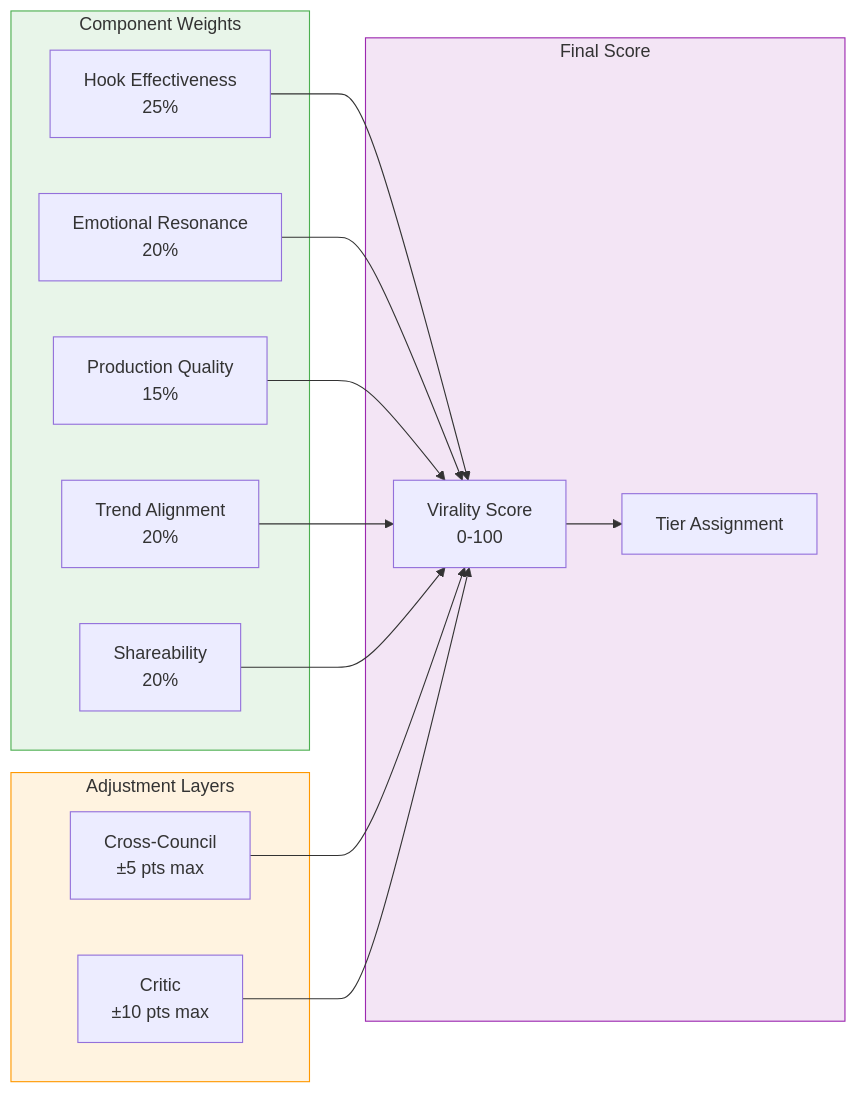
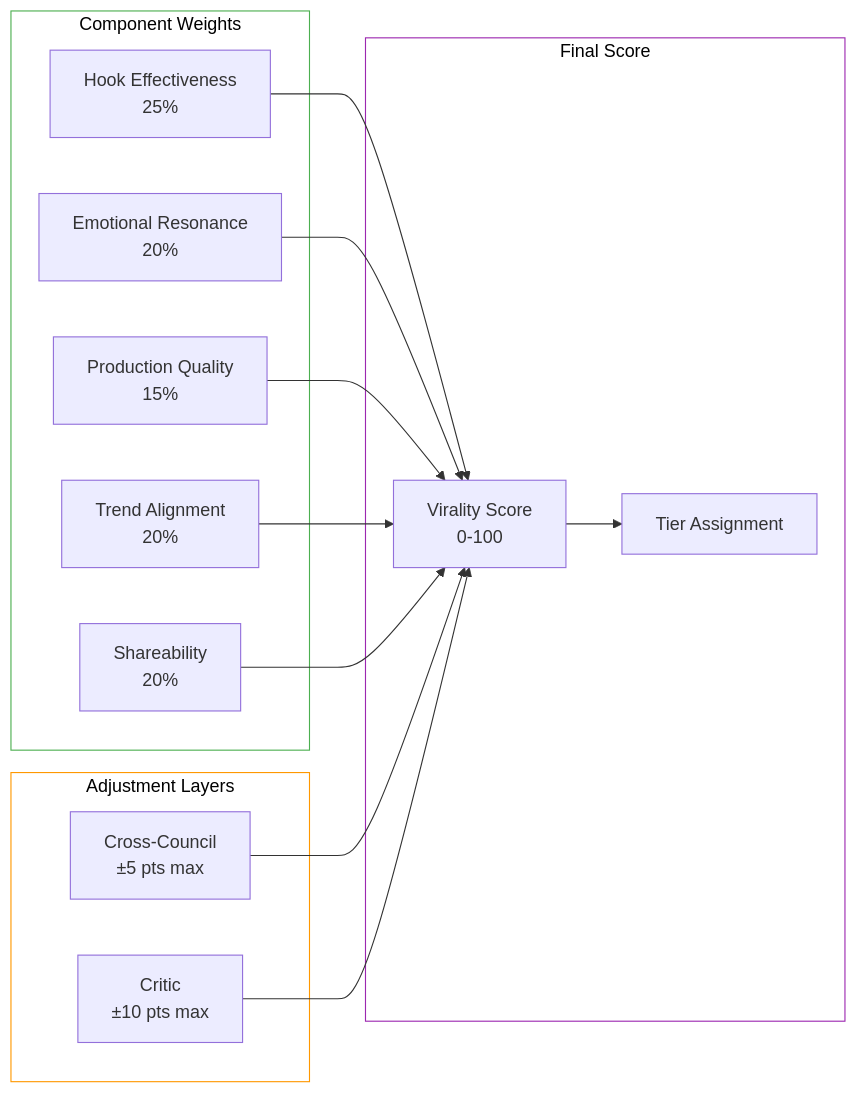
One commit to SacredWizard/themis changed the seventh of 13 diagrams in design/ARCHITECTURE.md. Above: the diagram before and after it, drawn with Mermaid. The commit also changed other lines of this file, not shown here.

````diff
--- a/design/ARCHITECTURE.md
+++ b/design/ARCHITECTURE.md
@@ -422,33 +423,33 @@
 ```mermaid
 graph LR
     subgraph Weights["Component Weights"]
         HE["Hook Effectiveness<br/>25%"]
         ER["Emotional Resonance<br/>20%"]
         PQ["Production Quality<br/>15%"]
         TA["Trend Alignment<br/>20%"]
         SH["Shareability<br/>20%"]
     end
 
     subgraph Adjustments["Adjustment Layers"]
         XCA["Cross-Council<br/>±5 pts max"]
         CRA["Critic<br/>±10 pts max"]
     end
 
     subgraph Final["Final Score"]
         VS["Virality Score<br/>0-100"]
         TIER["Tier Assignment"]
     end
 
     HE --> VS
     ER --> VS
     PQ --> VS
     TA --> VS
     SH --> VS
     XCA --> VS
     CRA --> VS
     VS --> TIER
 
-    style Weights fill:#e8f5e9,stroke:#4CAF50
-    style Adjustments fill:#fff3e0,stroke:#FF9800
-    style Final fill:#f3e5f5,stroke:#9C27B0
+    style Weights fill:transparent,stroke:#4CAF50,color:#000
+    style Adjustments fill:transparent,stroke:#FF9800,color:#000
+    style Final fill:transparent,stroke:#9C27B0,color:#000
 ```
````
